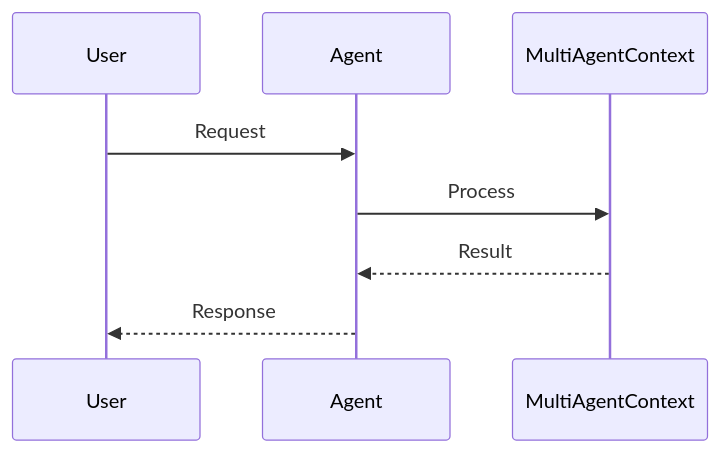
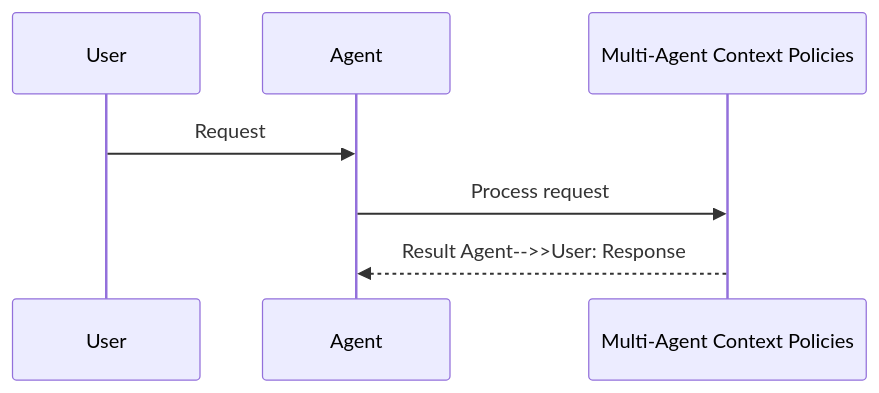
One commit to MervinPraison/PraisonAIDocs changed the second of 3 diagrams in docs/features/context-multi-agent-policies.mdx. Above: the diagram before and after it, drawn with Mermaid. The commit also changed 204 other files, not shown here.

First line of the commit message:
docs: align feature/tool pages with AGENTS.md hero, sequence, and import standards (#1777)

````diff
--- a/docs/features/context-multi-agent-policies.mdx
+++ b/docs/features/context-multi-agent-policies.mdx
@@ -41,11 +41,10 @@
 ```mermaid
 sequenceDiagram
     participant User
     participant Agent
-    participant MultiAgentContext
+    participant Feature as Multi-Agent Context Policies
 
     User->>Agent: Request
-    Agent->>MultiAgentContext: Process
-    MultiAgentContext-->>Agent: Result
-    Agent-->>User: Response
+    Agent->>Feature: Process request
+    Feature-->>Agent: Result    Agent-->>User: Response
 ```
````
